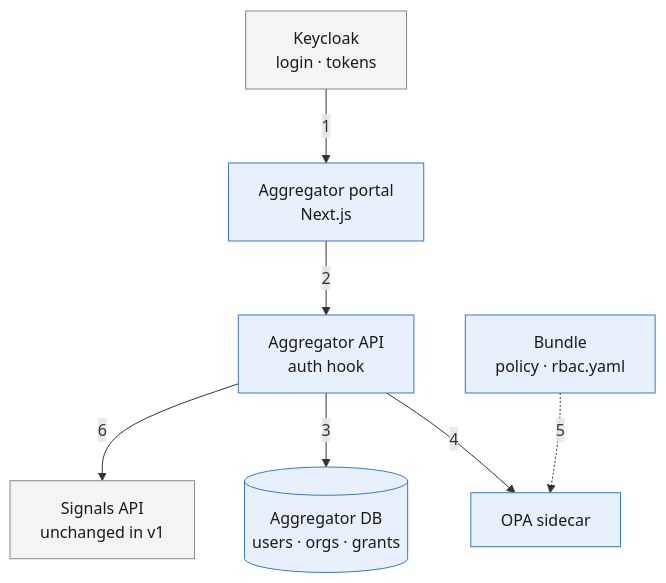
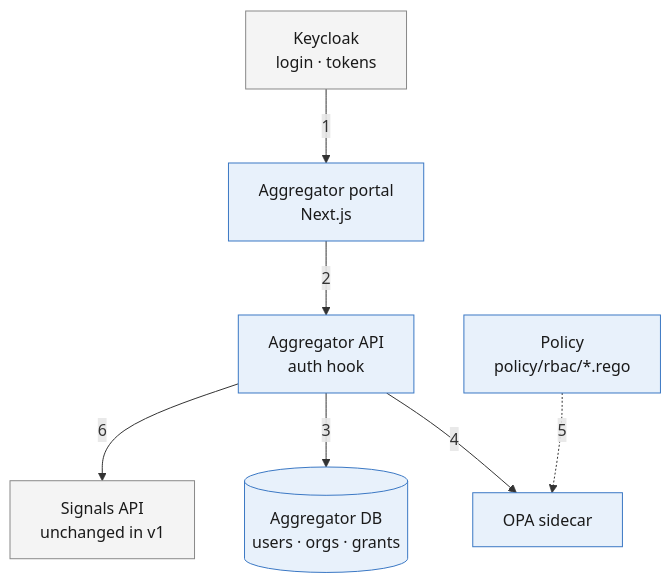
The third of 5 diagrams in docs/rbac/rbac-design-aggregator.md (Blue-Dots-Economy/aggregator-dpg), drawn with Mermaid before and after one commit. The commit also changed other lines of this file and 1 other file, not shown here.

First line of the commit message:
docs(rbac): align design and plan with R0/R1

````diff
--- a/docs/rbac/rbac-design-aggregator.md
+++ b/docs/rbac/rbac-design-aggregator.md
@@ -99,20 +99,20 @@
 ```mermaid
 flowchart TB
     KC["Keycloak<br/>login · tokens"]
     WEB["Aggregator portal<br/>Next.js"]
     AAPI["Aggregator API<br/>auth hook"]
     SIG["Signals API<br/>unchanged in v1"]
     DB[("Aggregator DB<br/>users · orgs · grants")]
     AOPA["OPA sidecar"]
-    CFG["Bundle<br/>policy · rbac.yaml"]
+    CFG["Policy<br/>policy/rbac/*.rego"]
     KC -- "1" --> WEB
     WEB -- "2" --> AAPI
     AAPI -- "6" --> SIG
     AAPI -- "3" --> DB
     AAPI -- "4" --> AOPA
     CFG -. "5" .-> AOPA
     classDef agg fill:#e8f1fb,stroke:#3b78c4,color:#1a1a1a
     classDef ext fill:#f4f4f4,stroke:#888,color:#1a1a1a
     class WEB,AAPI,DB,AOPA,CFG agg
     class KC,SIG ext
 ```
````
